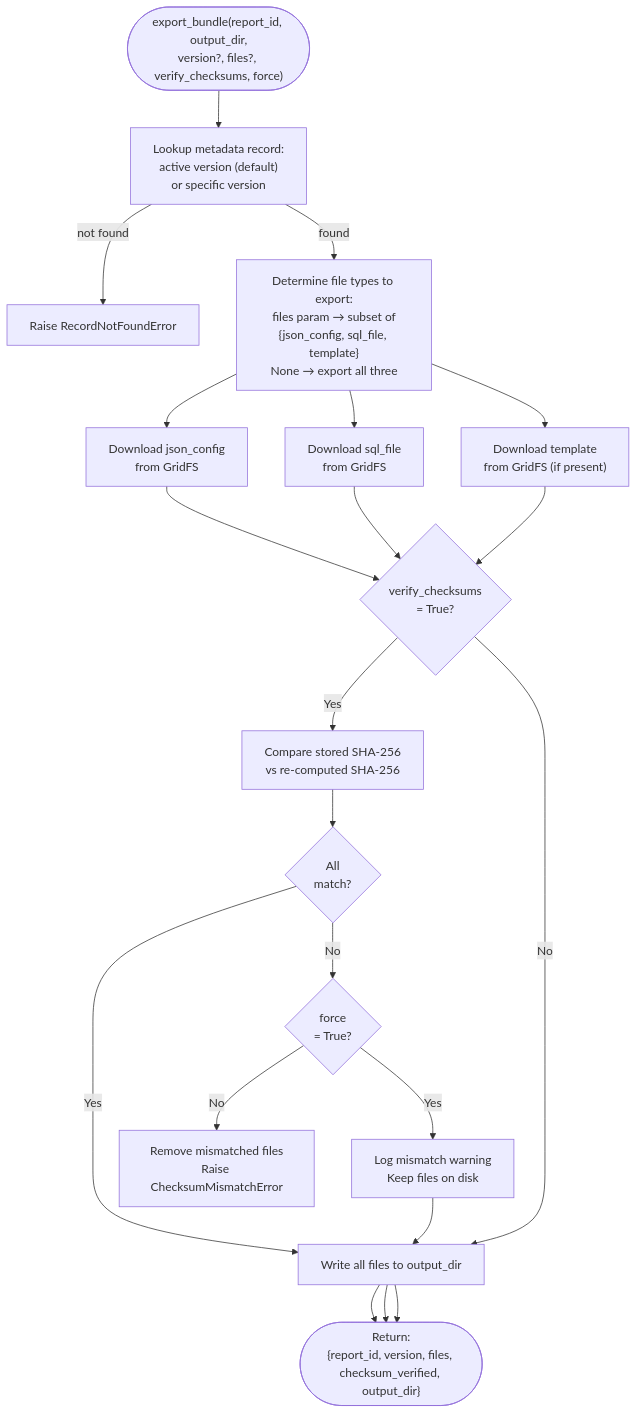
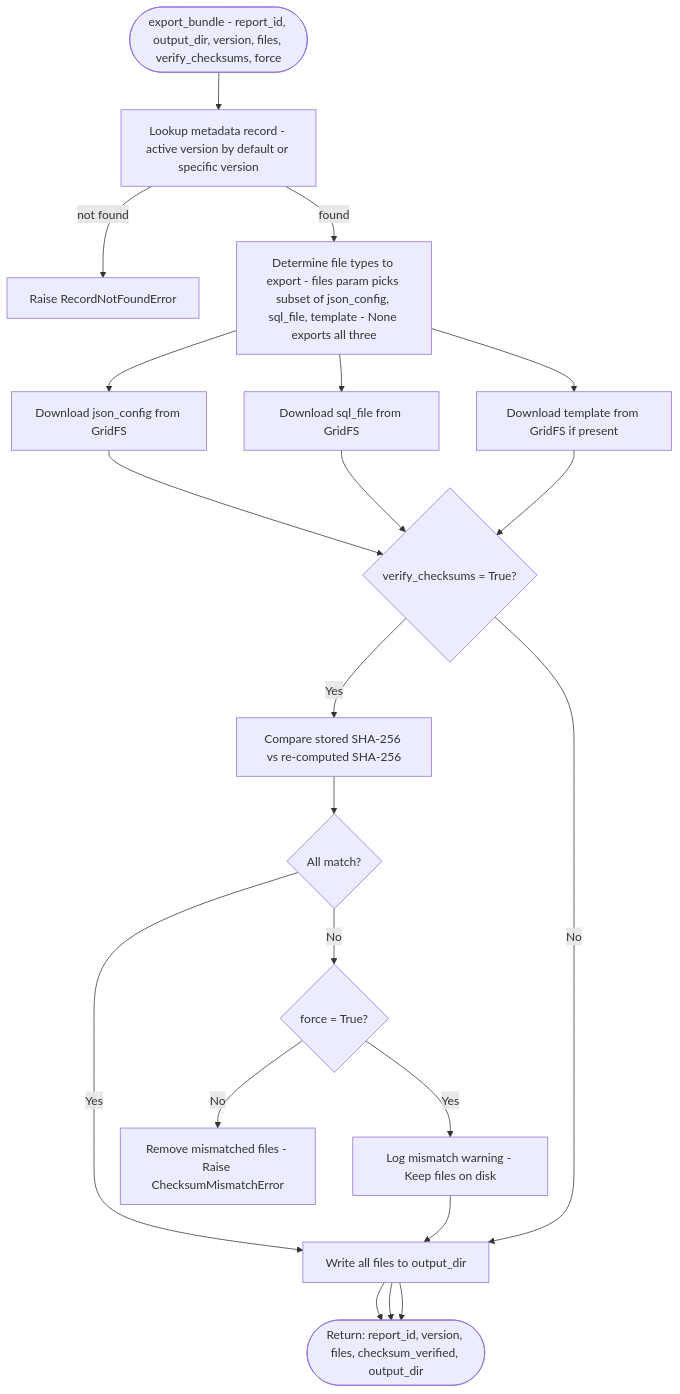
The fifth of 10 diagrams in DIAGRAMS.md (uktentu/mongo_file_manager), drawn with Mermaid before and after one commit. The commit also changed other lines of this file, not shown here.

First line of the commit message:
fix: remove all backslash-n from Mermaid node labels in DIAGRAMS.md

````diff
--- a/DIAGRAMS.md
+++ b/DIAGRAMS.md
@@ -186,35 +186,35 @@
 ```mermaid
 flowchart TD
-    START(["export_bundle(report_id, output_dir,\nversion?, files?, verify_checksums, force)"])
+    START(["export_bundle - report_id, output_dir, version, files, verify_checksums, force"])
 
-    LOOKUP["Lookup metadata record:\nactive version (default)\nor specific version"]
+    LOOKUP["Lookup metadata record - active version by default or specific version"]
     NOTFOUND["Raise RecordNotFoundError"]
 
-    FILTER["Determine file types to export:\nfiles param → subset of\n{json_config, sql_file, template}\nNone → export all three"]
+    FILTER["Determine file types to export - files param picks subset of json_config, sql_file, template - None exports all three"]
 
-    DL1["Download json_config\nfrom GridFS"]
-    DL2["Download sql_file\nfrom GridFS"]
-    DL3["Download template\nfrom GridFS (if present)"]
+    DL1["Download json_config from GridFS"]
+    DL2["Download sql_file from GridFS"]
+    DL3["Download template from GridFS if present"]
 
-    VER{"verify_checksums\n= True?"}
-    CMP["Compare stored SHA-256\nvs re-computed SHA-256"]
-    MATCH{"All\nmatch?"}
-    FORCE{"force\n= True?"}
+    VER{"verify_checksums = True?"}
+    CMP["Compare stored SHA-256 vs re-computed SHA-256"]
+    MATCH{"All match?"}
+    FORCE{"force = True?"}
 
-    WARN["Log mismatch warning\nKeep files on disk"]
-    ABORT["Remove mismatched files\nRaise ChecksumMismatchError"]
+    WARN["Log mismatch warning - Keep files on disk"]
+    ABORT["Remove mismatched files - Raise ChecksumMismatchError"]
     WRITE["Write all files to output_dir"]
 
-    DONE(["Return:\n{report_id, version, files, checksum_verified, output_dir}"])
+    DONE(["Return: report_id, version, files, checksum_verified, output_dir"])
 
     START --> LOOKUP
     LOOKUP -- not found --> NOTFOUND
     LOOKUP -- found --> FILTER
     FILTER --> DL1 & DL2 & DL3 --> VER
     VER -- Yes --> CMP --> MATCH
     MATCH -- Yes --> WRITE --> DONE
     MATCH -- No --> FORCE
     FORCE -- Yes --> WARN --> WRITE --> DONE
     FORCE -- No --> ABORT
     VER -- No --> WRITE --> DONE
 ```
````
